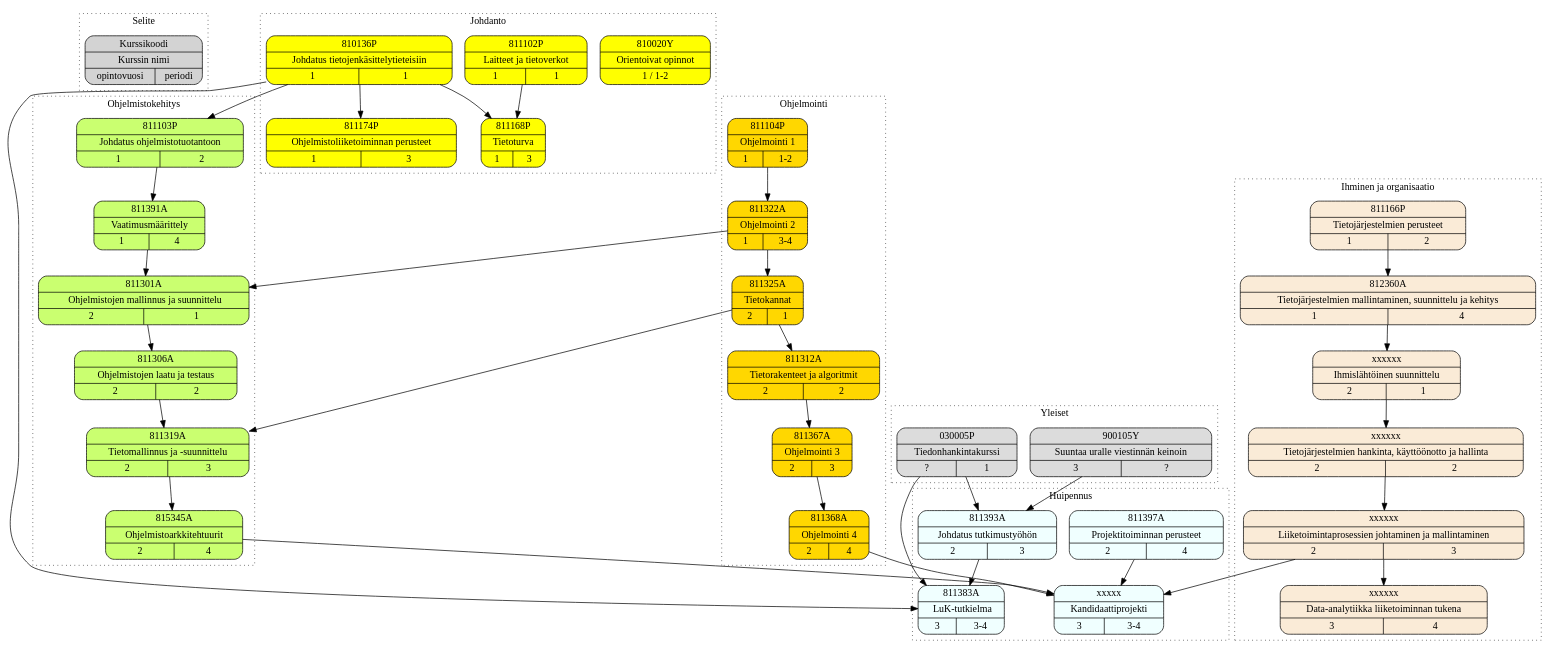
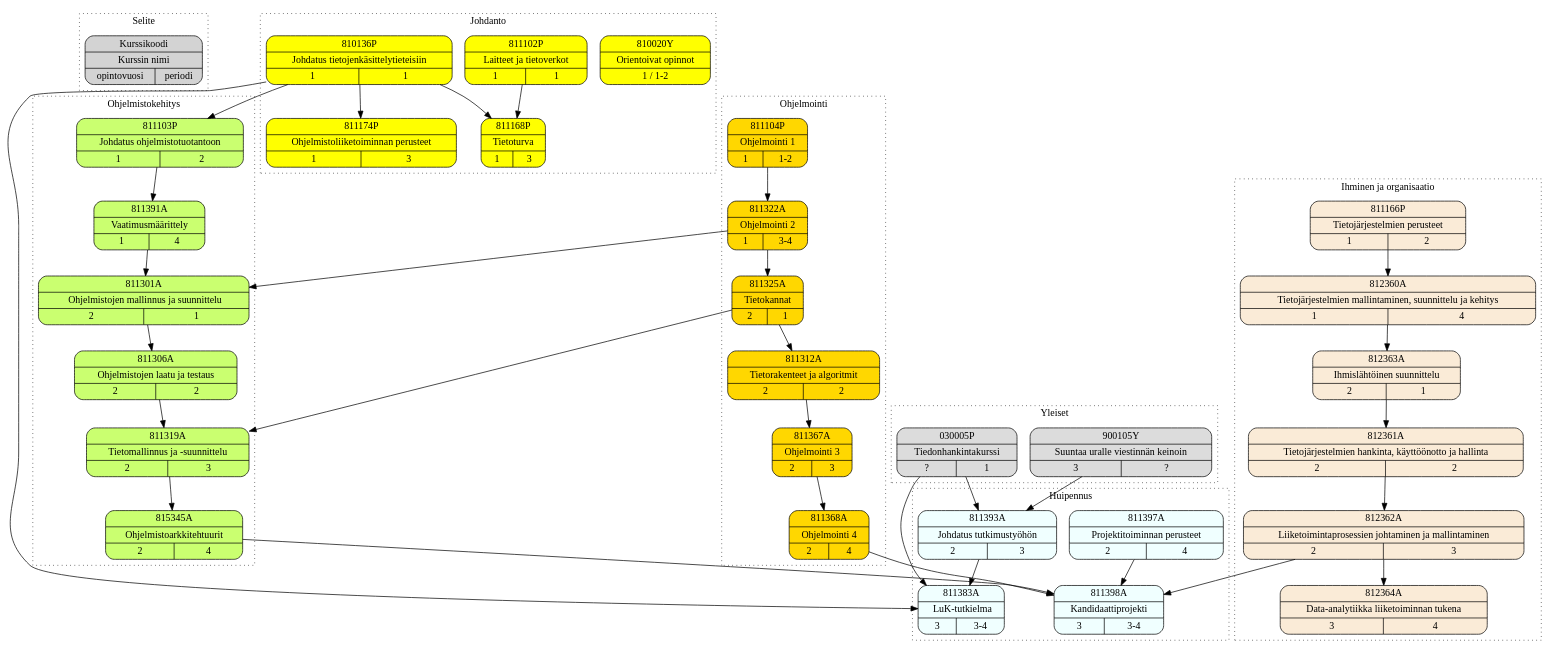
One commit to anttijuu/tol-courses-graph changed the diagram in LuK-courses.dot. Above: the diagram before and after it, drawn with Graphviz. The commit also changed 2 other files, not shown here.

```diff
--- a/LuK-courses.dot
+++ b/LuK-courses.dot
@@ -1,113 +1,113 @@
 // (c) Antti Juustila 2020. INTERACT Research Group, University of Oulu, Finland.
 // Licensed under MIT
 digraph TOLLuK {
    node [shape=record, style="rounded,filled"]
    
    subgraph cluster_Legend {
       graph[style=dotted]
       label="Selite"
       legend [label="{ Kurssikoodi | Kurssin nimi | { opintovuosi | periodi } }"]
       URL="https://github.com/anttijuu/tol-courses-graph" # URL linkable in SVG and some other formats.
    } 
 
    subgraph cluster_Yleiset {
       graph[style=dotted]
       label="Yleiset"
       node [fillcolor=gainsboro]
       c030005P [label="{ 030005P | Tiedonhankintakurssi | { ? | 1 } }"]
       c900105Y [label="{ 900105Y | Suuntaa uralle viestinnän keinoin | { 3 | ? } }"]
    }
    
    subgraph cluster_Johdanto {
       graph[style=dotted]
       label="Johdanto"
       node [fillcolor=yellow]
       c810020Y [label="{ 810020Y | Orientoivat opinnot | { 1 / 1-2 } }"]
       c810136P [label="{ 810136P | Johdatus tietojenkäsittelytieteisiin | { 1 | 1 } }"]
       c811168P [label="{ 811168P | Tietoturva | { 1 | 3 } }"]
       c811174P [label="{ 811174P | Ohjelmistoliiketoiminnan perusteet | { 1 | 3 } }"]
       c811102P [label="{ 811102P | Laitteet ja tietoverkot | { 1 | 1 } }"]
 
       c810136P -> c811168P
       c811102P -> c811168P
       c810136P -> c811174P
    }
    
    subgraph cluster_Ohjelmointi {
       graph[style=dotted]
       label="Ohjelmointi"
       node [fillcolor=gold1]
       c811104P [label="{ 811104P | Ohjelmointi 1 | { 1 | 1-2 } }"]
       c811322A [label="{ 811322A | Ohjelmointi 2 | { 1 | 3-4 } }"]
       c811325A [label="{ 811325A | Tietokannat | { 2 | 1 } }"]
       c811312A [label="{ 811312A | Tietorakenteet ja algoritmit | { 2 | 2 } }"]
       c811367A [label="{ 811367A | Ohjelmointi 3 | { 2 | 3 } }"]
       c811368A [label="{ 811368A | Ohjelmointi 4 | { 2 | 4 } }"]
       
       c811104P -> c811322A
       c811312A -> c811367A
       c811367A -> c811368A
       c811325A -> c811312A
       c811322A -> c811325A
    }
    
    subgraph cluster_Ohjelmistokehitys {
       graph[style=dotted]
       label="Ohjelmistokehitys"
       node [fillcolor=darkolivegreen1]
       c811103P [label="{ 811103P | Johdatus ohjelmistotuotantoon | { 1 | 2 } }"]
       c811391A [label="{ 811391A | Vaatimusmäärittely | { 1 | 4 } }"]
       c811301A [label="{ 811301A | Ohjelmistojen mallinnus ja suunnittelu | { 2 | 1 } }"]
       c811306A [label="{ 811306A | Ohjelmistojen laatu ja testaus | { 2 | 2 } }"]
       c811319A [label="{ 811319A | Tietomallinnus ja -suunnittelu | { 2 | 3 } }"]
       c815345A [label="{ 815345A | Ohjelmistoarkkitehtuurit | { 2 | 4 } }"]
       
       c810136P -> c811103P
       c811103P -> c811391A
       c811391A -> c811301A
       c811322A -> c811301A
       c811301A -> c811306A
       c811306A -> c811319A
       c811325A -> c811319A
       c811319A -> c815345A
    }
    
    subgraph cluster_IhminenOrganisaatio {
       graph[style=dotted]
       label="Ihminen ja organisaatio"
       node [fillcolor=antiquewhite]
       c811166P [label="{ 811166P | Tietojärjestelmien perusteet | { 1 |2 } }"]
       c812360A [label="{ 812360A | Tietojärjestelmien mallintaminen, suunnittelu ja kehitys | { 1 | 4 } }"]
-      c0001 [label="{ xxxxxx | Ihmislähtöinen suunnittelu | { 2 | 1 } }"]
-      c0002 [label="{ xxxxxx | Tietojärjestelmien hankinta, käyttöönotto ja hallinta | { 2 | 2 } }"]
-      c0003 [label="{ xxxxxx | Liiketoimintaprosessien johtaminen ja mallintaminen | { 2 | 3 } }"]
-      c0004 [label="{ xxxxxx | Data-analytiikka liiketoiminnan tukena | { 3 | 4 } }"]      
+      c0001 [label="{ 812363A | Ihmislähtöinen suunnittelu | { 2 | 1 } }"]
+      c0002 [label="{ 812361A | Tietojärjestelmien hankinta, käyttöönotto ja hallinta | { 2 | 2 } }"]
+      c0003 [label="{ 812362A | Liiketoimintaprosessien johtaminen ja mallintaminen | { 2 | 3 } }"]
+      c0004 [label="{ 812364A | Data-analytiikka liiketoiminnan tukena | { 3 | 4 } }"]      
 
       c811166P -> c812360A
       c812360A -> c0001
       c0001 -> c0002
       c0002 -> c0003
       c0003 -> c0004
    }
    
    subgraph cluster_Huipennus {
       graph[style=dotted]
       label="Huipennus"
       node [fillcolor=azure]
       c811397A [label="{ 811397A | Projektitoiminnan perusteet | { 2 | 4 } }"]
-      c0005 [label="{ xxxxx | Kandidaattiprojekti | { 3 | 3-4 } }"]
+      c0005 [label="{ 811398A | Kandidaattiprojekti | { 3 | 3-4 } }"]
       c811393A [label="{ 811393A | Johdatus tutkimustyöhön | { 2 | 3 } }"]
       c811383A [label="{ 811383A | LuK-tutkielma | { 3 | 3-4 } }"]
    
       c030005P -> c811393A
       c900105Y -> c811393A
       c811393A -> c811383A
       c030005P -> c811383A
       c810136P -> c811383A
       c811397A -> c0005
       c815345A -> c0005
       c811368A -> c0005
       c0003 -> c0005
    }
    
 }
```
